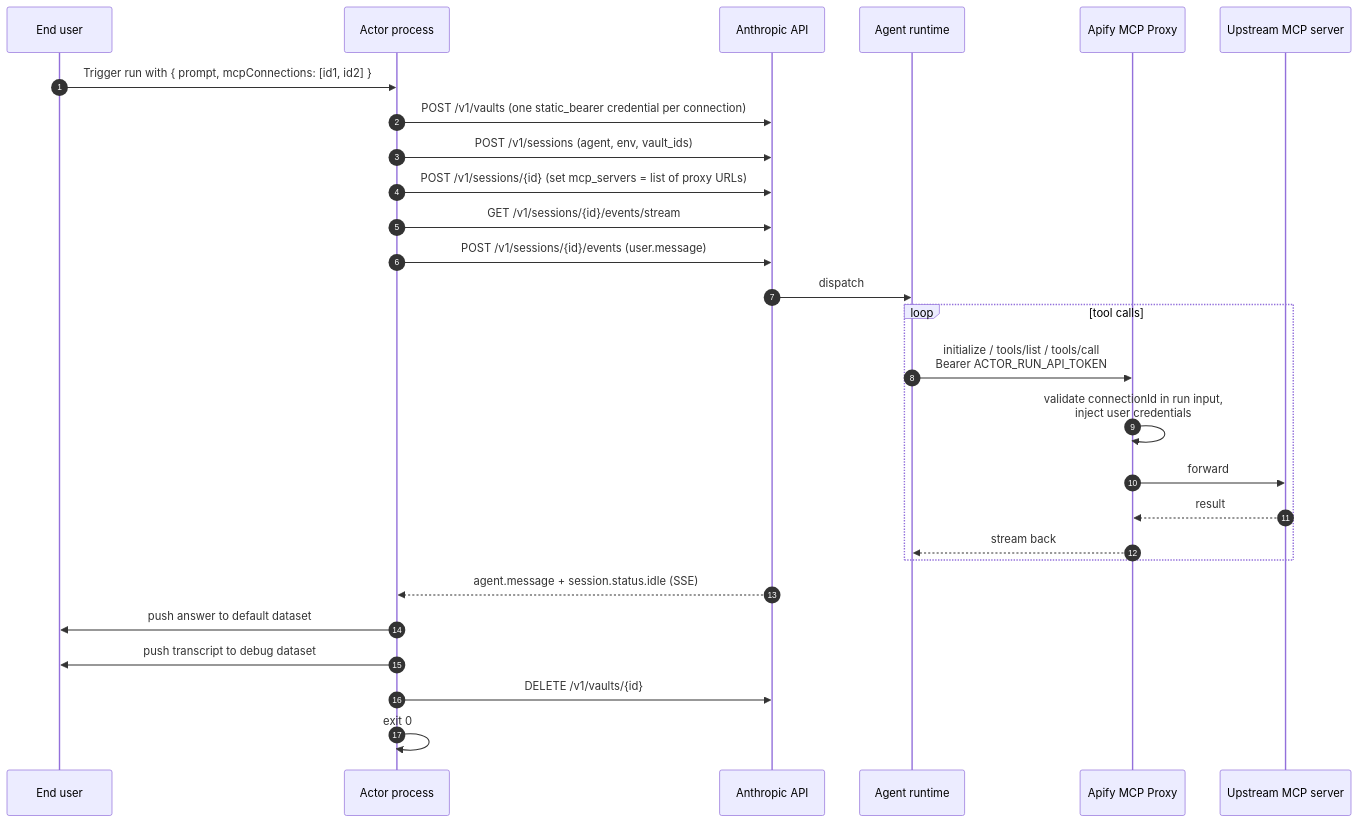
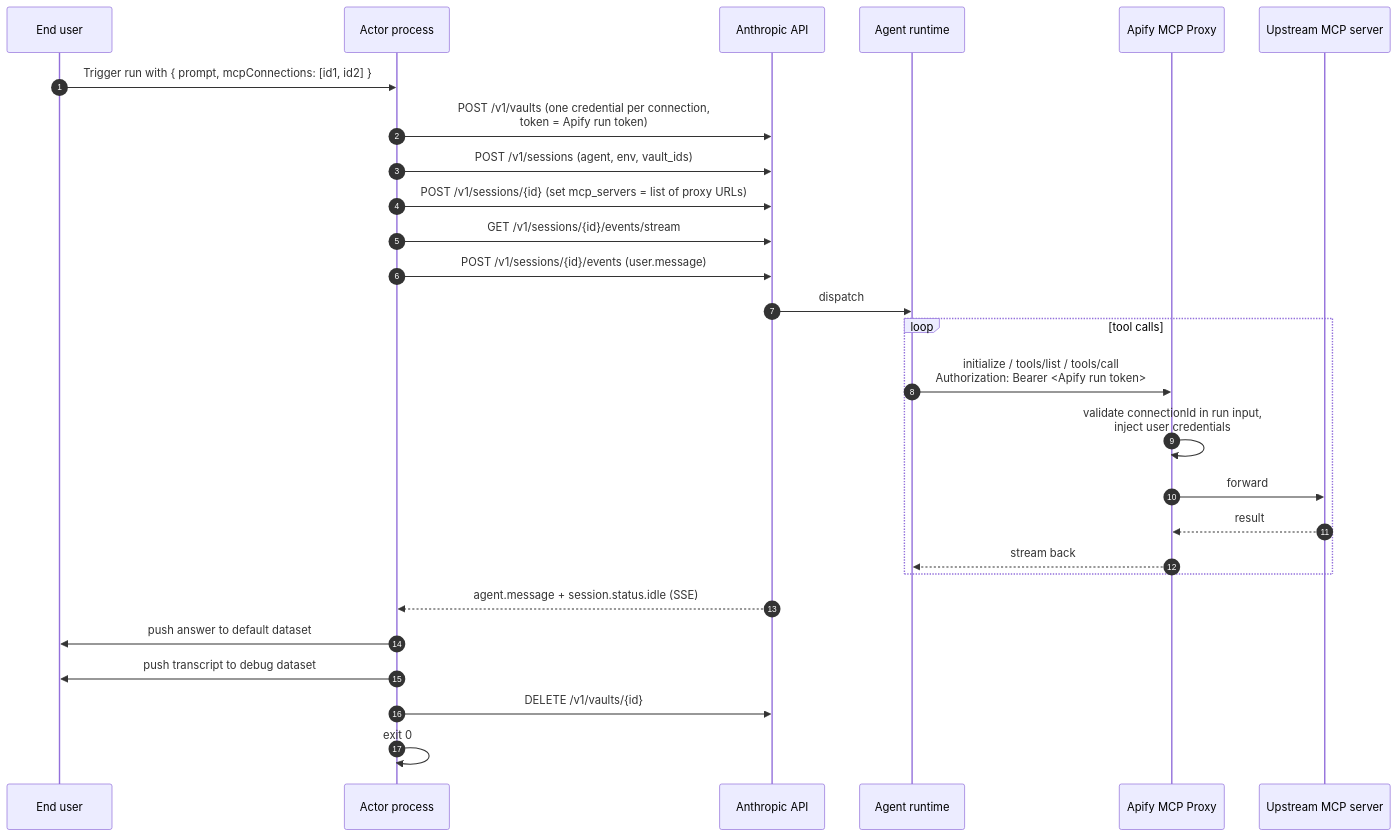
The diagram in PLAN.md (apify/actor-claude-managed-agent), drawn with Mermaid before and after one commit. The commit also changed other lines of this file, not shown here.

Commit message:
docs(plan): drop architecture diagram; rename token to "Apify run token"; flag proxy URL question

````diff
--- a/PLAN.md
+++ b/PLAN.md
@@ -53,30 +30,30 @@
 ```mermaid
 sequenceDiagram
     autonumber
     participant U as End user
     participant A as Actor process
     participant N as Anthropic API
     participant G as Agent runtime
     participant P as Apify MCP Proxy
     participant X as Upstream MCP server
 
     U->>A: Trigger run with { prompt, mcpConnections: [id1, id2] }
-    A->>N: POST /v1/vaults (one static_bearer credential per connection)
+    A->>N: POST /v1/vaults (one credential per connection,<br/>token = Apify run token)
     A->>N: POST /v1/sessions (agent, env, vault_ids)
     A->>N: POST /v1/sessions/{id} (set mcp_servers = list of proxy URLs)
     A->>N: GET /v1/sessions/{id}/events/stream
     A->>N: POST /v1/sessions/{id}/events (user.message)
     N->>G: dispatch
     loop tool calls
-        G->>P: initialize / tools/list / tools/call<br/>Bearer ACTOR_RUN_API_TOKEN
+        G->>P: initialize / tools/list / tools/call<br/>Authorization: Bearer <Apify run token>
         P->>P: validate connectionId in run input,<br/>inject user credentials
         P->>X: forward
         X-->>P: result
         P-->>G: stream back
     end
     N-->>A: agent.message + session.status.idle (SSE)
     A->>U: push answer to default dataset
     A->>U: push transcript to debug dataset
     A->>N: DELETE /v1/vaults/{id}
     A->>A: exit 0
 ```
````
